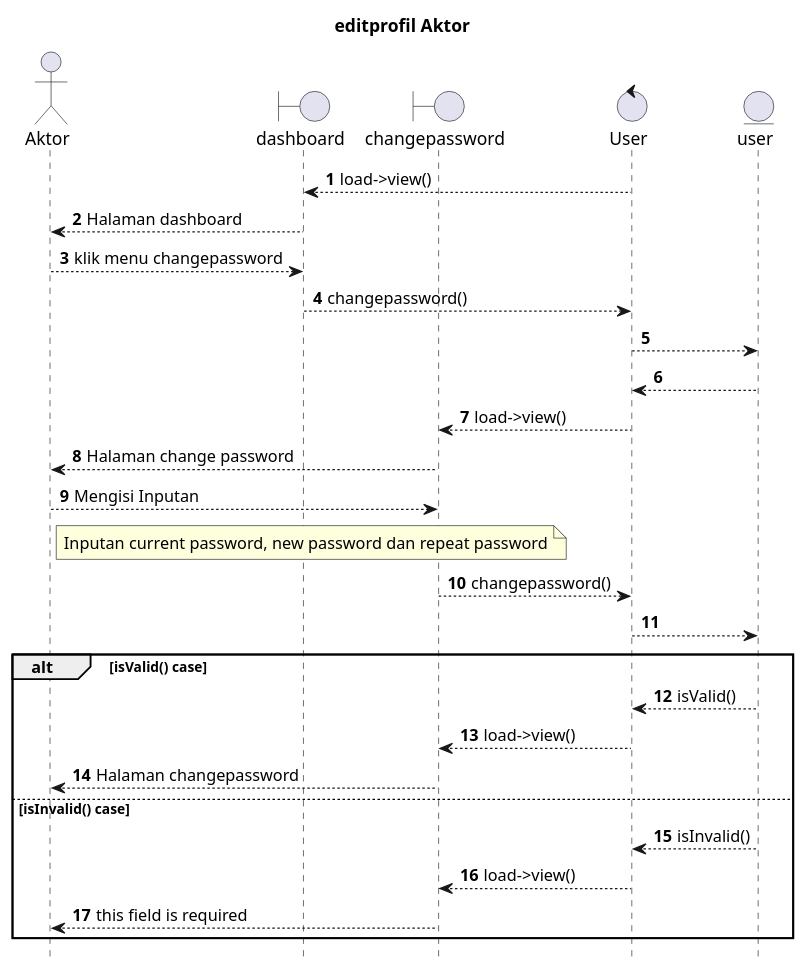
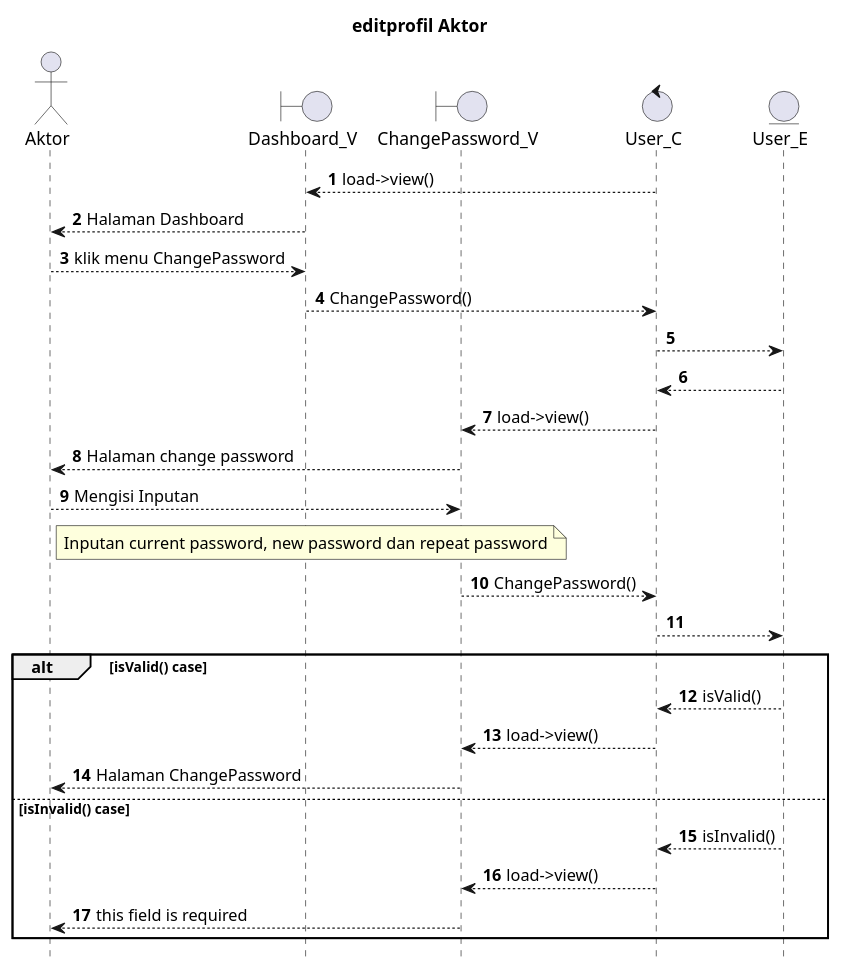
One commit to kurniado729/sistem_kp changed the diagram in UML/user/changepassword.puml. Above: the diagram before and after it, drawn with PlantUML. The commit also changed 54 other files, not shown here.

```diff
--- a/UML/user/changepassword.puml
+++ b/UML/user/changepassword.puml
@@ -1,43 +1,43 @@
 @startuml
 
 autonumber
 hide footbox
 title editprofil Aktor
 
 Actor Aktor
-boundary dashboard
-boundary changepassword
-control User
-Entity user
+boundary Dashboard_V
+boundary ChangePassword_V
+control User_C
+Entity User_E
 
-User --> dashboard: load->view()
-dashboard --> Aktor: Halaman dashboard
-Aktor --> dashboard: klik menu changepassword
-dashboard --> User: changepassword()
-User --> user:
+User_C --> Dashboard_V: load->view()
+Dashboard_V --> Aktor: Halaman Dashboard
+Aktor --> Dashboard_V: klik menu ChangePassword
+Dashboard_V --> User_C: ChangePassword()
+User_C --> User_E:
     
-    user --> User:
-    User --> changepassword: load->view()
-    changepassword --> Aktor: Halaman change password
+    User_E --> User_C:
+    User_C --> ChangePassword_V: load->view()
+    ChangePassword_V --> Aktor: Halaman change password
 
-Aktor --> changepassword: Mengisi Inputan
+Aktor --> ChangePassword_V: Mengisi Inputan
     note right of Aktor
         Inputan current password, new password dan repeat password
             end note
-changepassword --> User: changepassword()
-User --> user:
+ChangePassword_V --> User_C: ChangePassword()
+User_C --> User_E:
 
 alt isValid() case
     
-    user --> User: isValid()
-    User --> changepassword: load->view()
-    changepassword --> Aktor: Halaman changepassword
+    User_E --> User_C: isValid()
+    User_C --> ChangePassword_V: load->view()
+    ChangePassword_V --> Aktor: Halaman ChangePassword
 
 else isInvalid() case
     
-    user --> User: isInvalid()
-    User --> changepassword: load->view()
-    changepassword --> Aktor: this field is required
+    User_E --> User_C: isInvalid()
+    User_C --> ChangePassword_V: load->view()
+    ChangePassword_V --> Aktor: this field is required
 end
 
 @enduml
```
